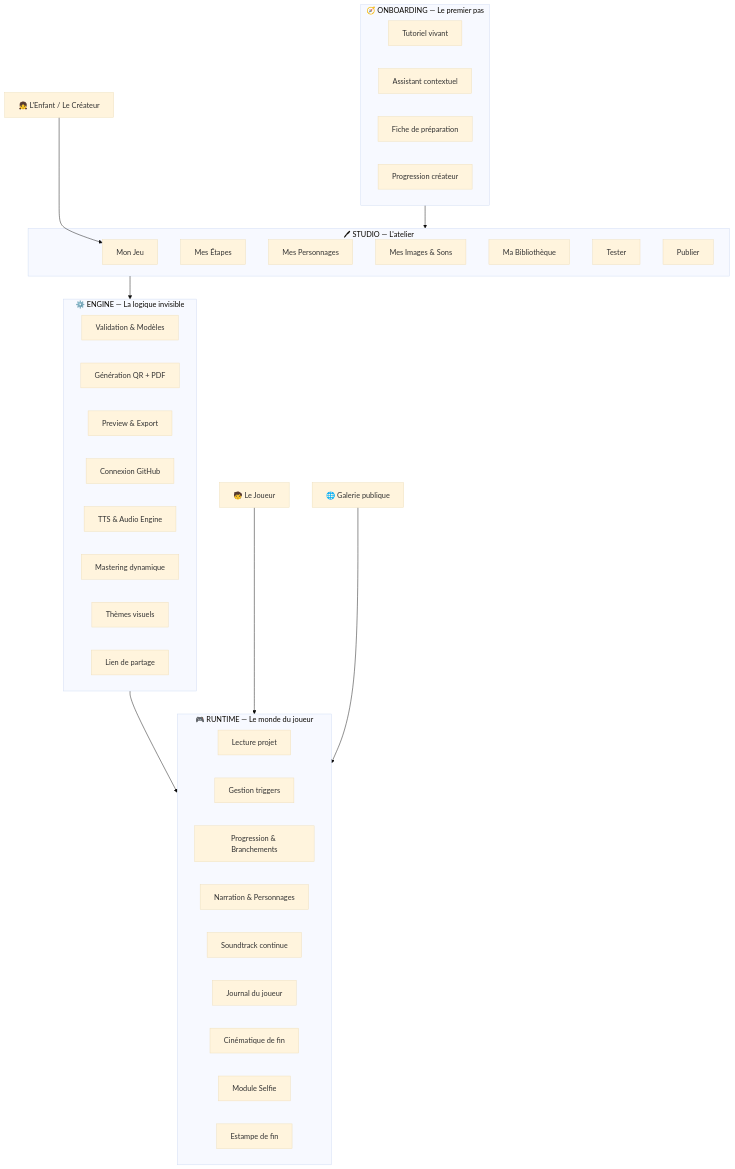
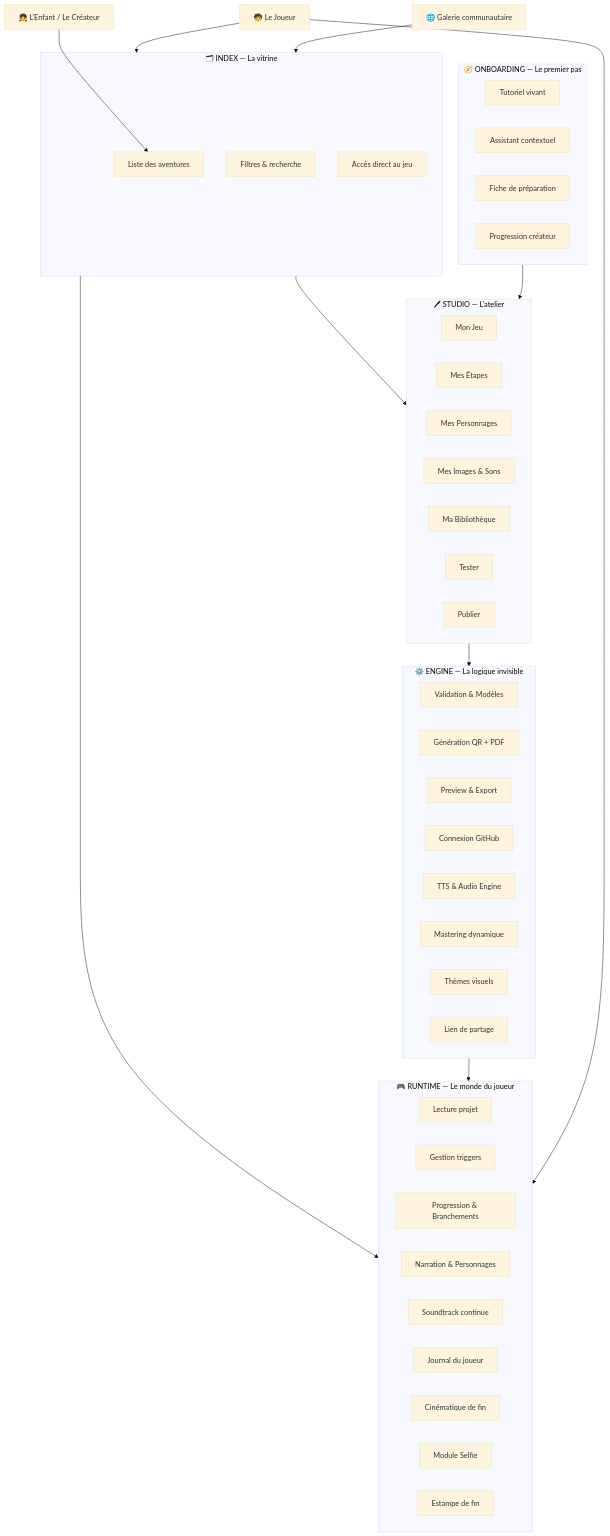
The first of 3 diagrams in README.md (curiositesincongrues/La-Fabrique-A-Souvenirs), drawn with Mermaid (base theme) before and after one commit. The commit also changed other lines of this file, not shown here.

````diff
--- a/README.md
+++ b/README.md
@@ -40,51 +40,60 @@
 ```mermaid
 graph TD
     A[👧 L'Enfant / Le Créateur] --> B
 
+    subgraph INDEX ["🗂 INDEX — La vitrine"]
+        B[Liste des aventures]
+        B2[Filtres & recherche]
+        B3[Accès direct au jeu]
+    end
+
     subgraph STUDIO ["🖊 STUDIO — L'atelier"]
-        B[Mon Jeu]
-        C[Mes Étapes]
-        D[Mes Personnages]
-        E[Mes Images & Sons]
-        F[Ma Bibliothèque]
-        G[Tester]
-        H[Publier]
+        C[Mon Jeu]
+        D[Mes Étapes]
+        E[Mes Personnages]
+        F[Mes Images & Sons]
+        G[Ma Bibliothèque]
+        H[Tester]
+        I[Publier]
     end
 
     subgraph ENGINE ["⚙️ ENGINE — La logique invisible"]
-        I[Validation & Modèles]
-        J[Génération QR + PDF]
-        K[Preview & Export]
-        L[Connexion GitHub]
-        M[TTS & Audio Engine]
-        N[Mastering dynamique]
-        O[Thèmes visuels]
-        P[Lien de partage]
+        J[Validation & Modèles]
+        K[Génération QR + PDF]
+        L[Preview & Export]
+        M[Connexion GitHub]
+        N[TTS & Audio Engine]
+        O[Mastering dynamique]
+        P[Thèmes visuels]
+        Q[Lien de partage]
     end
 
     subgraph RUNTIME ["🎮 RUNTIME — Le monde du joueur"]
-        Q[Lecture projet]
-        R[Gestion triggers]
-        S[Progression & Branchements]
-        T[Narration & Personnages]
-        U[Soundtrack continue]
-        V[Journal du joueur]
-        W[Cinématique de fin]
-        X[Module Selfie]
-        Y[Estampe de fin]
+        R[Lecture projet]
+        S[Gestion triggers]
+        T[Progression & Branchements]
+        U[Narration & Personnages]
+        V[Soundtrack continue]
+        W[Journal du joueur]
+        X[Cinématique de fin]
+        Y[Module Selfie]
+        Z[Estampe de fin]
     end
 
     subgraph ONBOARDING ["🧭 ONBOARDING — Le premier pas"]
-        Z[Tutoriel vivant]
-        AA[Assistant contextuel]
-        AB[Fiche de préparation]
-        AC[Progression créateur]
+        AA[Tutoriel vivant]
+        AB[Assistant contextuel]
+        AC[Fiche de préparation]
+        AD[Progression créateur]
     end
 
+    INDEX --> RUNTIME
+    INDEX --> STUDIO
     STUDIO --> ENGINE
     ENGINE --> RUNTIME
     ONBOARDING --> STUDIO
 
-    AD[🧒 Le Joueur] --> RUNTIME
-    AE[🌐 Galerie publique] --> RUNTIME
+    AE[🧒 Le Joueur] --> INDEX
+    AE --> RUNTIME
+    AF[🌐 Galerie communautaire] --> INDEX
 ```
````
